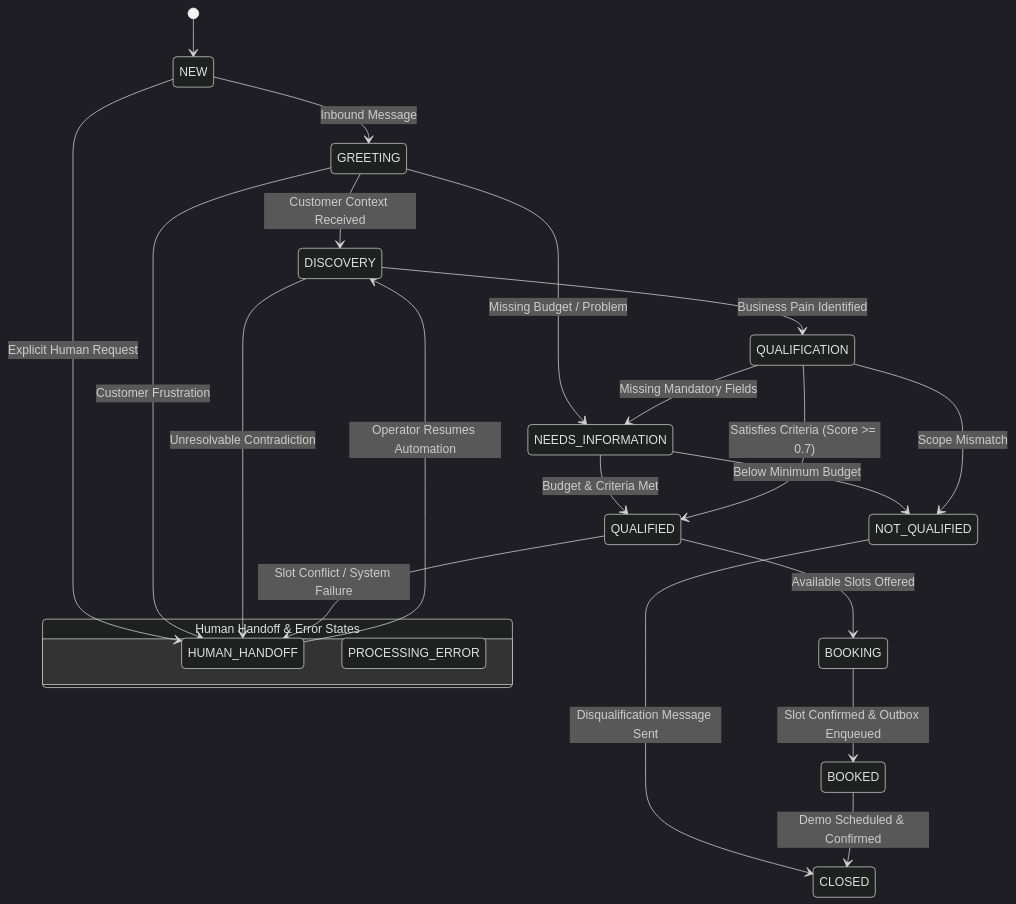
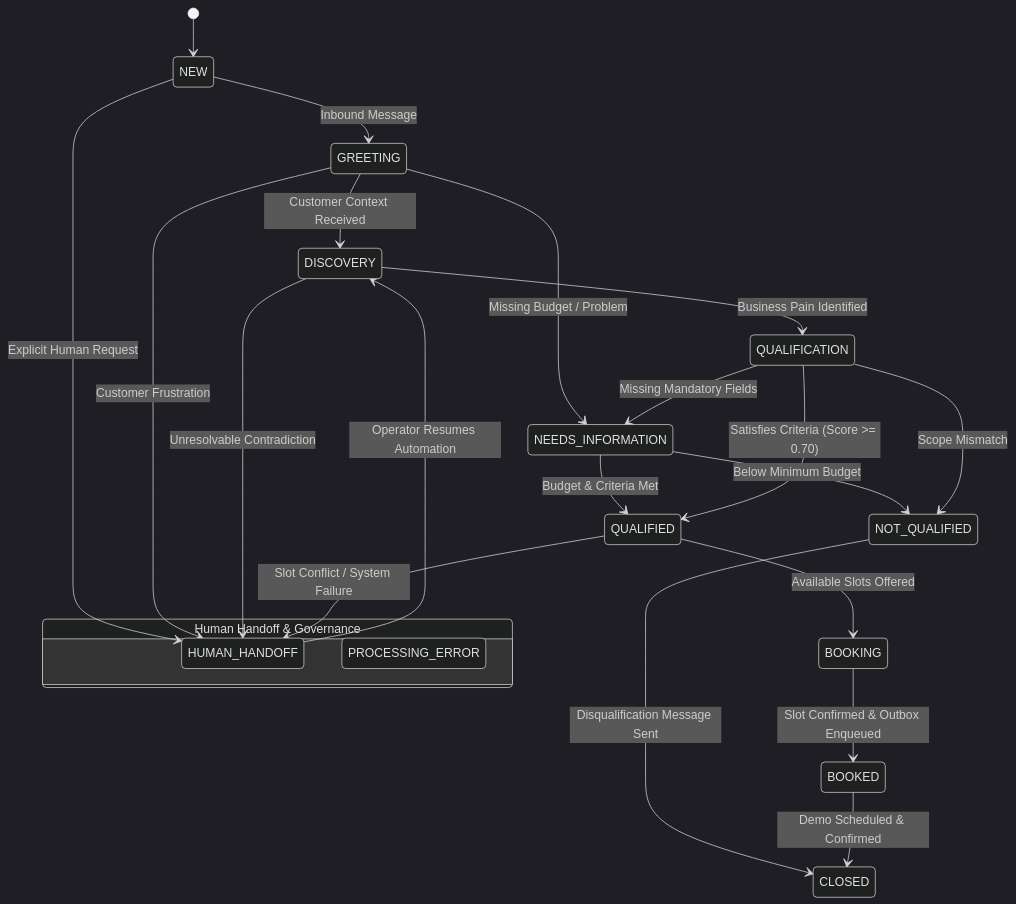
Before and after one commit to maheswari9080/Datheon_Autonomous_WhatsApp_CRM_Lead_Qualification_Bot: the second of 2 diagrams in README.md, drawn with Mermaid (dark theme). The commit also changed other lines of this file and 10 other files, not shown here.

````diff
--- a/README.md
+++ b/README.md
@@ -78,28 +116,28 @@
 ```mermaid
 stateDiagram-v2
     [*] --> NEW
     NEW --> GREETING: Inbound Message
     GREETING --> DISCOVERY: Customer Context Received
     GREETING --> NEEDS_INFORMATION: Missing Budget / Problem
     DISCOVERY --> QUALIFICATION: Business Pain Identified
     QUALIFICATION --> NEEDS_INFORMATION: Missing Mandatory Fields
     NEEDS_INFORMATION --> QUALIFIED: Budget & Criteria Met
     NEEDS_INFORMATION --> NOT_QUALIFIED: Below Minimum Budget
-    QUALIFICATION --> QUALIFIED: Satisfies Criteria (Score >= 0.7)
+    QUALIFICATION --> QUALIFIED: Satisfies Criteria (Score >= 0.70)
     QUALIFICATION --> NOT_QUALIFIED: Scope Mismatch
     NOT_QUALIFIED --> CLOSED: Disqualification Message Sent
     QUALIFIED --> BOOKING: Available Slots Offered
     BOOKING --> BOOKED: Slot Confirmed & Outbox Enqueued
     BOOKED --> CLOSED: Demo Scheduled & Confirmed
 
-    state "Human Handoff & Error States" as Safety {
+    state "Human Handoff & Governance" as Safety {
         HUMAN_HANDOFF
         PROCESSING_ERROR
     }
 
     NEW --> HUMAN_HANDOFF: Explicit Human Request
     GREETING --> HUMAN_HANDOFF: Customer Frustration
     DISCOVERY --> HUMAN_HANDOFF: Unresolvable Contradiction
     QUALIFIED --> HUMAN_HANDOFF: Slot Conflict / System Failure
     HUMAN_HANDOFF --> DISCOVERY: Operator Resumes Automation
 ```
````
